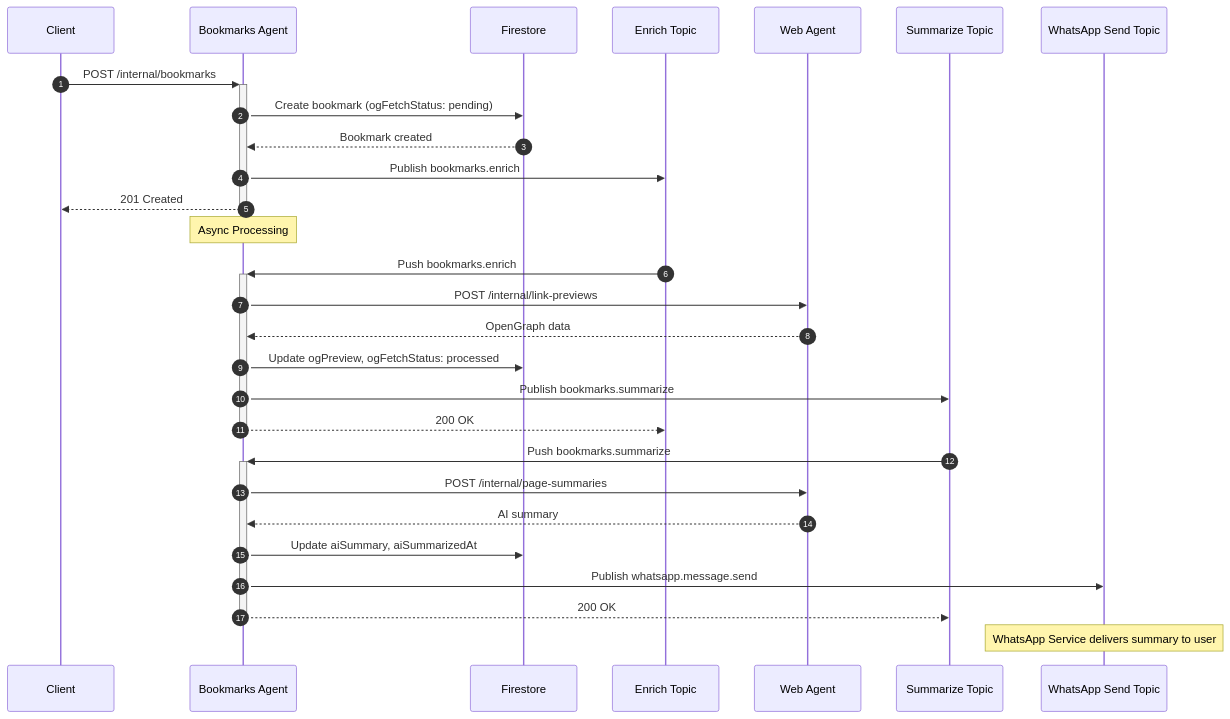
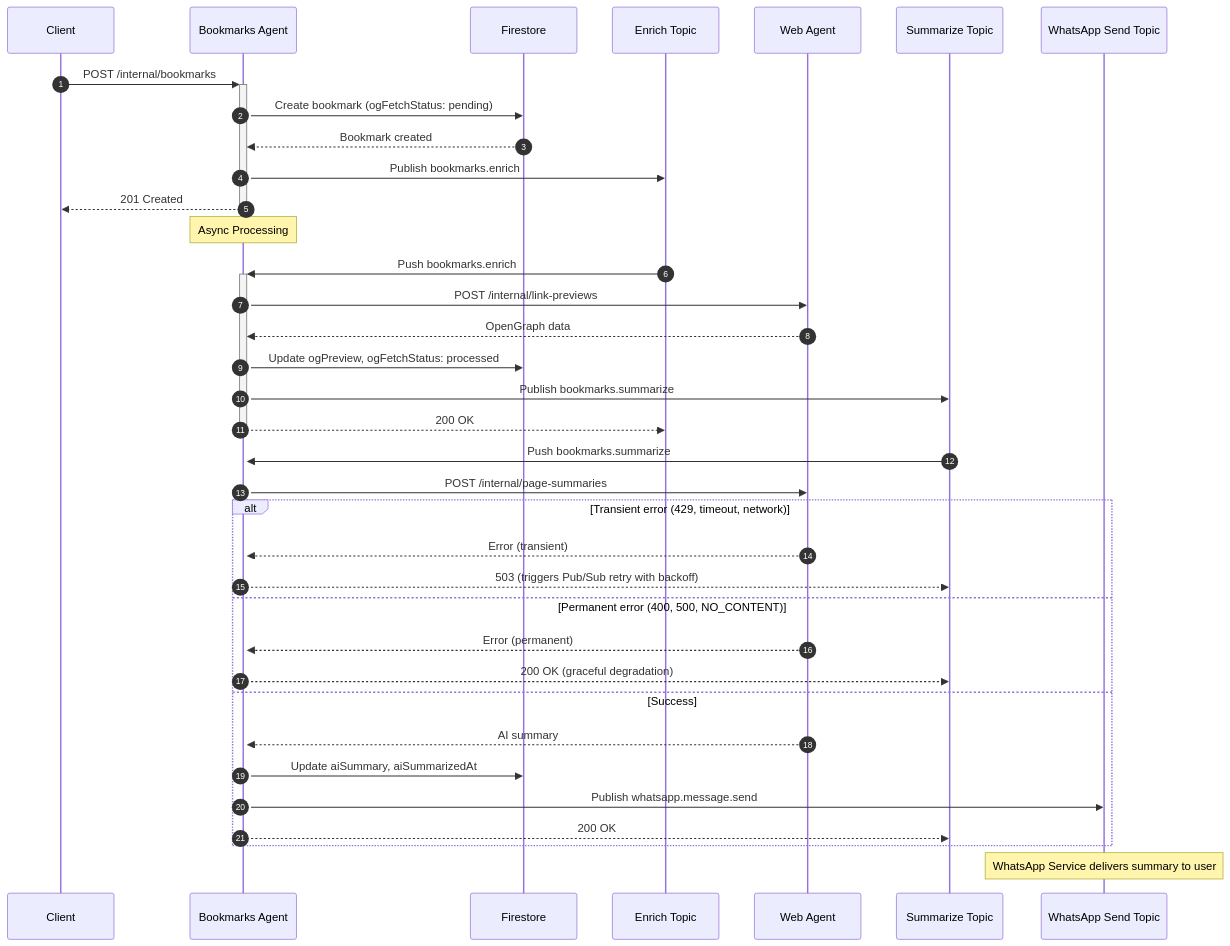
Before and after one commit to pbuchman/intexuraos: the second of 2 diagrams in docs/services/bookmarks-agent/technical.md, drawn with Mermaid. The commit also changed other lines of this file and 214 other files, not shown here.

````diff
--- a/docs/services/bookmarks-agent/technical.md
+++ b/docs/services/bookmarks-agent/technical.md
@@ -59,35 +59,43 @@
 ```mermaid
 sequenceDiagram
     autonumber
     participant Client
     participant BA as Bookmarks Agent
     participant FS as Firestore
     participant EP as Enrich Topic
     participant WA as Web Agent
     participant SP as Summarize Topic
     participant WSP as WhatsApp Send Topic
 
     Client->>+BA: POST /internal/bookmarks
     BA->>FS: Create bookmark (ogFetchStatus: pending)
     FS-->>BA: Bookmark created
     BA->>EP: Publish bookmarks.enrich
     BA-->>-Client: 201 Created
 
     Note over BA: Async Processing
 
     EP->>+BA: Push bookmarks.enrich
     BA->>WA: POST /internal/link-previews
     WA-->>BA: OpenGraph data
     BA->>FS: Update ogPreview, ogFetchStatus: processed
     BA->>SP: Publish bookmarks.summarize
     BA-->>-EP: 200 OK
 
     SP->>+BA: Push bookmarks.summarize
     BA->>WA: POST /internal/page-summaries
-    WA-->>BA: AI summary
-    BA->>FS: Update aiSummary, aiSummarizedAt
-    BA->>WSP: Publish whatsapp.message.send
-    BA-->>-SP: 200 OK
+    alt Transient error (429, timeout, network)
+        WA-->>BA: Error (transient)
+        BA-->>SP: 503 (triggers Pub/Sub retry with backoff)
+    else Permanent error (400, 500, NO_CONTENT)
+        WA-->>BA: Error (permanent)
+        BA-->>SP: 200 OK (graceful degradation)
+    else Success
+        WA-->>BA: AI summary
+        BA->>FS: Update aiSummary, aiSummarizedAt
+        BA->>WSP: Publish whatsapp.message.send
+        BA-->>SP: 200 OK
+    end
 
     Note over WSP: WhatsApp Service delivers summary to user
 ```
````
